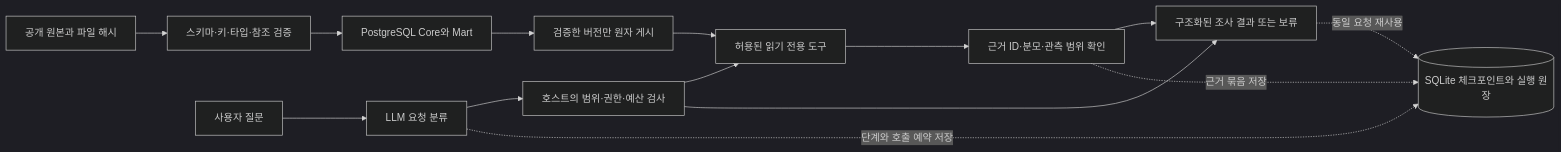
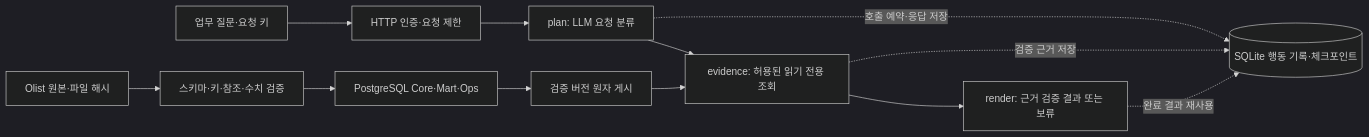
Before and after one commit to masondev1024/agentic-marketing-data-pipeline: the diagram in README.md, drawn with Mermaid (dark theme). The commit also changed other lines of this file and 2 other files, not shown here.

````diff
--- a/README.md
+++ b/README.md
@@ -27,16 +58,14 @@
 ```mermaid
 flowchart LR
-    A[공개 원본과 파일 해시] --> B[스키마·키·타입·참조 검증]
-    B --> C[PostgreSQL Core와 Mart]
-    C --> D[검증한 버전만 원자 게시]
-    Q[사용자 질문] --> P[LLM 요청 분류]
-    P --> G[호스트의 범위·권한·예산 검사]
-    G --> T[허용된 읽기 전용 도구]
+    A[Olist 원본·파일 해시] --> B[스키마·키·참조·수치 검증]
+    B --> C[PostgreSQL Core·Mart·Ops]
+    C --> D[검증 버전 원자 게시]
+    Q[업무 질문·요청 키] --> H[HTTP 인증·요청 제한]
+    H --> P[plan: LLM 요청 분류]
+    P --> T[evidence: 허용된 읽기 전용 조회]
     D --> T
-    T --> E[근거 ID·분모·관측 범위 확인]
-    E --> R[구조화된 조사 결과 또는 보류]
-    G --> R
-    P -. 단계와 호출 예약 저장 .-> S[(SQLite 체크포인트와 실행 원장)]
-    E -. 근거 묶음 저장 .-> S
-    R -. 동일 요청 재사용 .-> S
+    T --> R[render: 근거 검증 결과 또는 보류]
+    P -. 호출 예약·응답 저장 .-> S[(SQLite 행동 기록·체크포인트)]
+    T -. 검증 근거 저장 .-> S
+    R -. 완료 결과 재사용 .-> S
 ```
````
